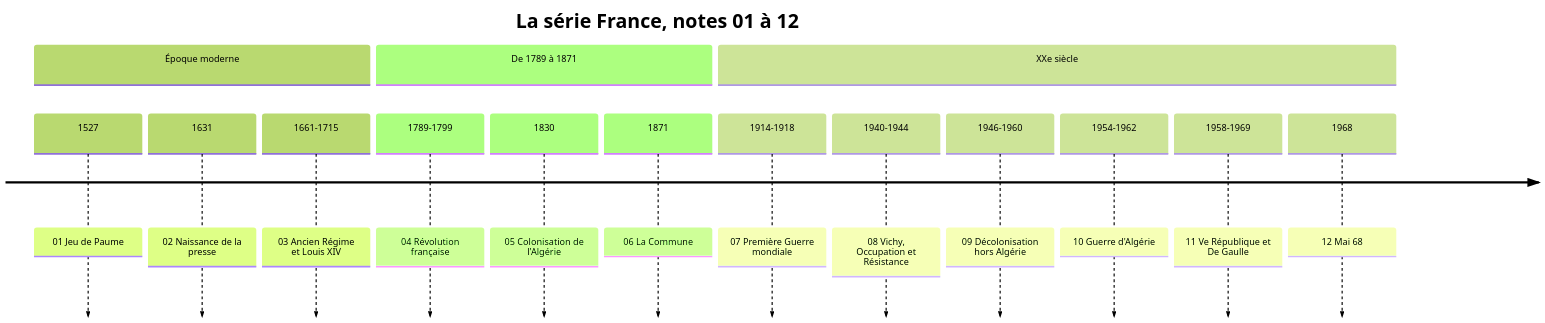
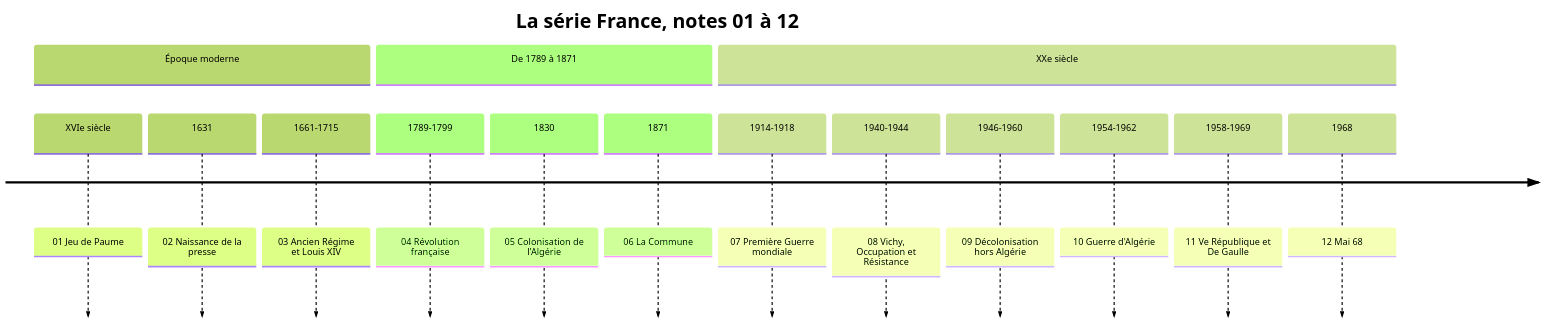
The second of 2 diagrams in Social Sciences/History/Histoire.md (rwmicro/pensine), drawn with Mermaid (forest theme) before and after one commit. The commit also changed other lines of this file and 9 other files, not shown here.

````diff
--- a/Social Sciences/History/Histoire.md
+++ b/Social Sciences/History/Histoire.md
@@ -219,19 +219,19 @@
 ```mermaid
 timeline
     title La série France, notes 01 à 12
     section Époque moderne
-        1527 : 01 Jeu de Paume
+        XVIe siècle : 01 Jeu de Paume
         1631 : 02 Naissance de la presse
         1661-1715 : 03 Ancien Régime et Louis XIV
     section De 1789 à 1871
         1789-1799 : 04 Révolution française
         1830 : 05 Colonisation de l'Algérie
         1871 : 06 La Commune
     section XXe siècle
         1914-1918 : 07 Première Guerre mondiale
         1940-1944 : 08 Vichy, Occupation et Résistance
         1946-1960 : 09 Décolonisation hors Algérie
         1954-1962 : 10 Guerre d'Algérie
         1958-1969 : 11 Ve République et De Gaulle
         1968 : 12 Mai 68
 ```
````
